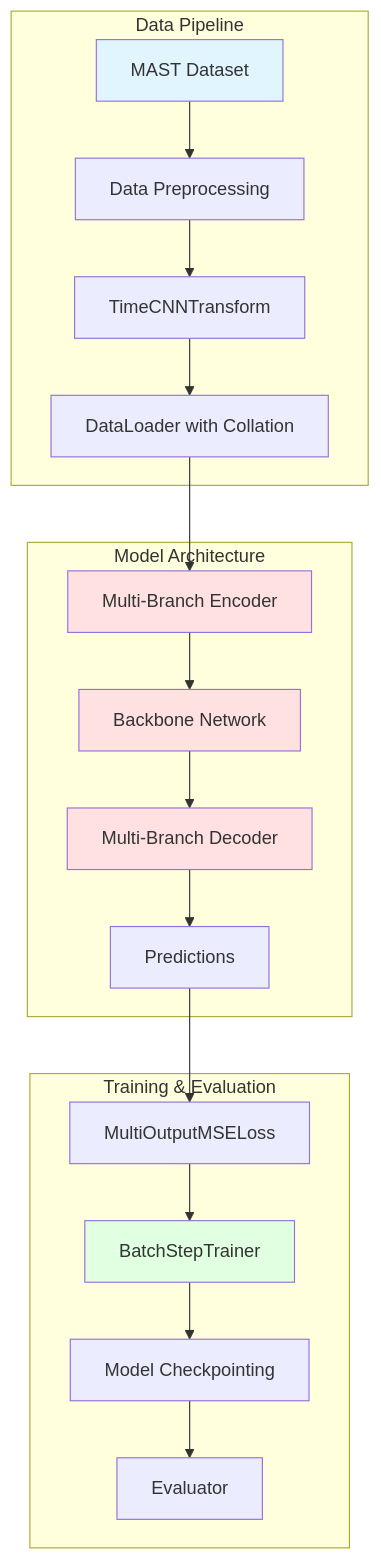
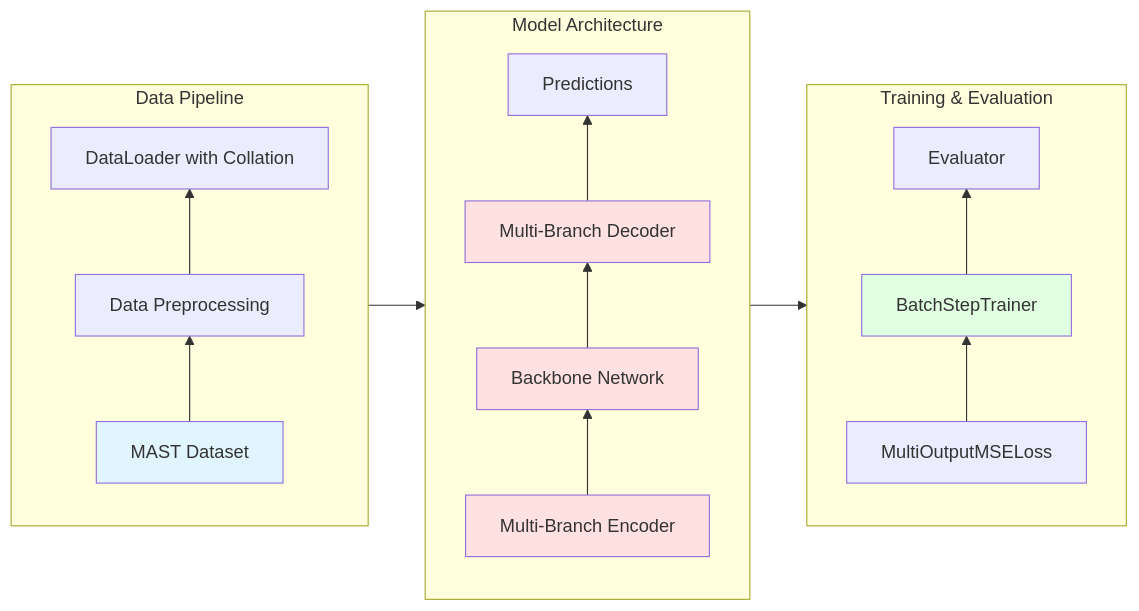
Before and after one commit to UKAEA-IBM-STFC-Fusion-FMs/tokamark_baseline: the first of 2 diagrams in README.md, drawn with Mermaid. The commit also changed other lines of this file, not shown here.

````diff
--- a/README.md
+++ b/README.md
@@ -36,28 +45,46 @@
 ```mermaid
-graph TB
-    subgraph "Data Pipeline"
-        A[MAST Dataset] --> B[Data Preprocessing]
-        B --> C[TimeCNNTransform]
-        C --> D[DataLoader with Collation]
-    end
-    
-    subgraph "Model Architecture"
-        D --> E[Multi-Branch Encoder]
-        E --> F[Backbone Network]
-        F --> G[Multi-Branch Decoder]
-        G --> H[Predictions]
-    end
-    
-    subgraph "Training & Evaluation"
-        H --> I[MultiOutputMSELoss]
-        I --> J[BatchStepTrainer]
-        J --> K[Model Checkpointing]
-        K --> L[Evaluator]
-    end
-    
-    style A fill:#e1f5ff
-    style E fill:#ffe1e1
-    style F fill:#ffe1e1
-    style G fill:#ffe1e1
-    style J fill:#e1ffe1
+graph LR
+
+%% -------------------------
+%% DATA PIPELINE (bottom → top)
+%% -------------------------
+subgraph "Data Pipeline"
+    direction BT
+    A[MAST Dataset] --> C[Data Preprocessing]
+    C --> D[DataLoader with Collation]
+end
+
+%% -------------------------
+%% MODEL ARCHITECTURE
+%% -------------------------
+subgraph "Model Architecture"
+    direction BT
+    E[Multi-Branch Encoder] --> F[Backbone Network]
+    F --> G[Multi-Branch Decoder]
+    G --> H[Predictions]
+end
+
+%% -------------------------
+%% TRAINING & EVAL
+%% -------------------------
+subgraph "Training & Evaluation"
+    direction BT
+    I[MultiOutputMSELoss] --> J[BatchStepTrainer]
+    J --> L[Evaluator]
+end
+
+%% -------------------------
+%% CROSS-BLOCK FLOW (bottom → top feel)
+%% -------------------------
+D --> E
+H --> I
+
+%% -------------------------
+%% STYLING
+%% -------------------------
+style A fill:#e1f5ff
+style E fill:#ffe1e1
+style F fill:#ffe1e1
+style G fill:#ffe1e1
+style J fill:#e1ffe1
 ```
````
